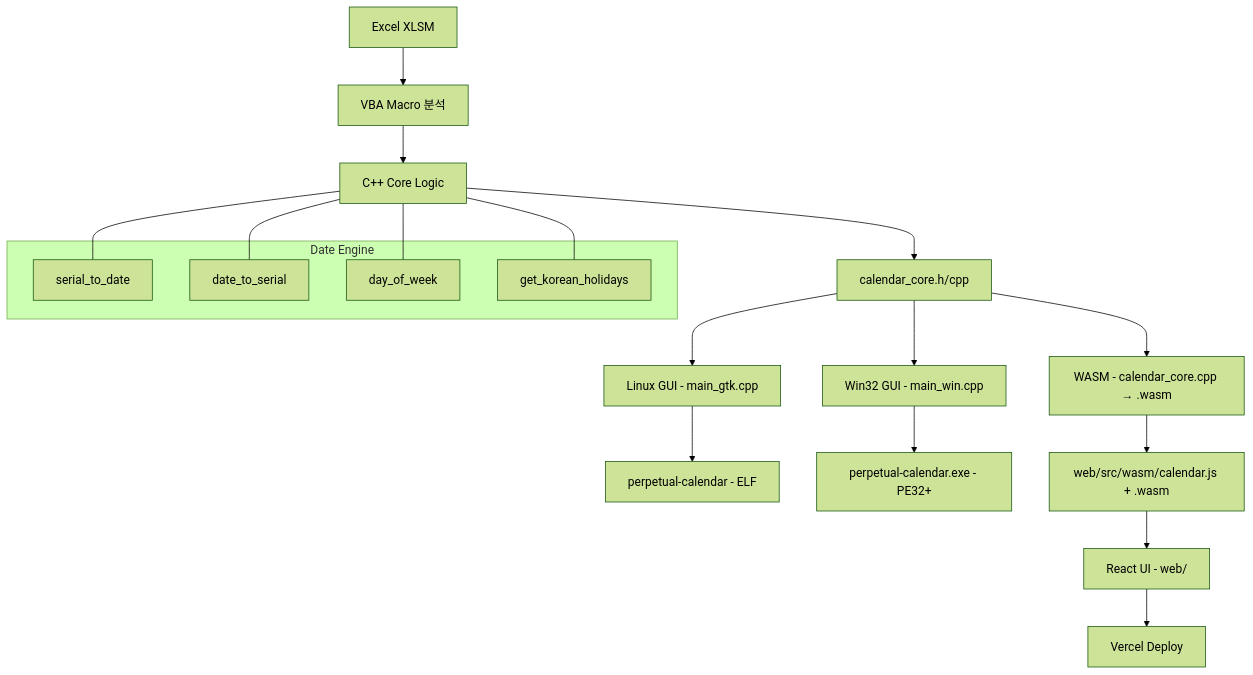
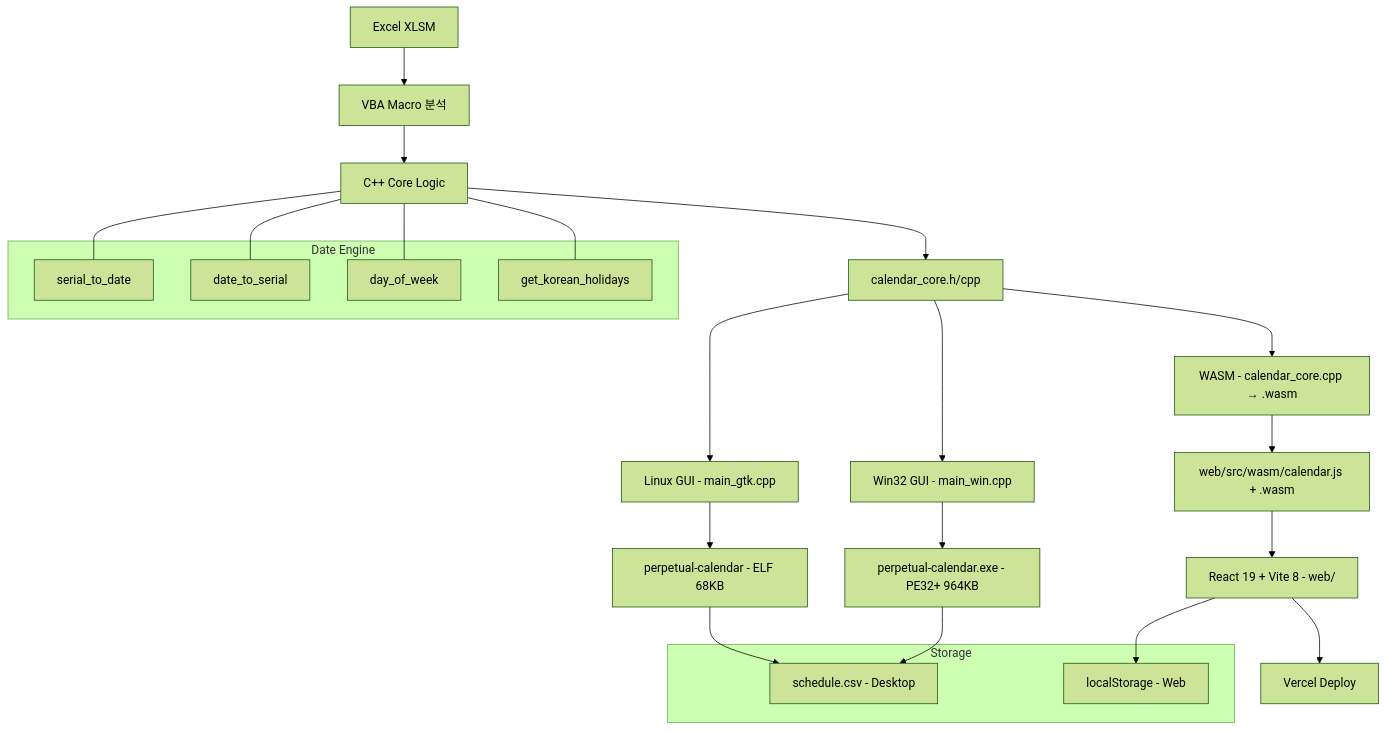
Before and after one commit to hslcrb/perpetual-calendar: the second of 2 diagrams in README.md, drawn with Mermaid (forest theme). The commit also changed other lines of this file, not shown here.

````diff
--- a/README.md
+++ b/README.md
@@ -117,23 +193,32 @@
 ```mermaid
 flowchart TD
     A[Excel XLSM] --> B[VBA Macro 분석]
     B --> C[C++ Core Logic]
     C --> D[calendar_core.h/cpp]
     D --> E[Linux GUI - main_gtk.cpp]
     D --> F[Win32 GUI - main_win.cpp]
     D --> G[WASM - calendar_core.cpp → .wasm]
-    E --> H[perpetual-calendar - ELF]
-    F --> I[perpetual-calendar.exe - PE32+]
+    E --> H[perpetual-calendar - ELF 68KB]
+    F --> I[perpetual-calendar.exe - PE32+ 964KB]
     G --> J[web/src/wasm/calendar.js + .wasm]
-    J --> K[React UI - web/]
+    J --> K[React 19 + Vite 8 - web/]
     K --> L[Vercel Deploy]
     
     subgraph "Date Engine"
         M[serial_to_date] 
         N[date_to_serial]
         O[day_of_week]
         P[get_korean_holidays]
     end
     
     C --- M & N & O & P
+    
+    subgraph "Storage"
+        Q[schedule.csv - Desktop]
+        R[localStorage - Web]
+    end
+    
+    K --> R
+    H --> Q
+    I --> Q
 ```
````
